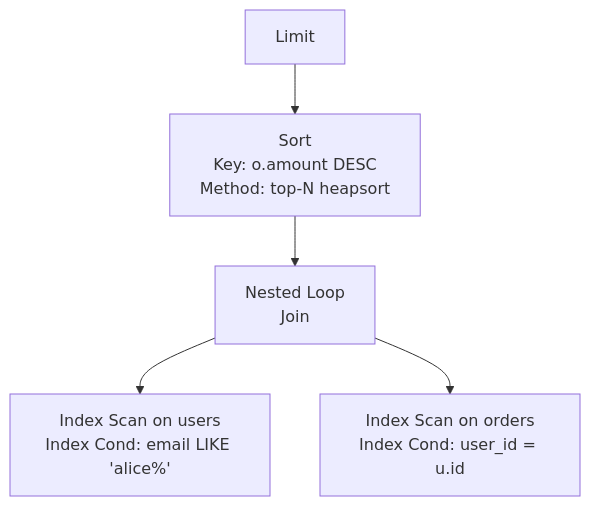
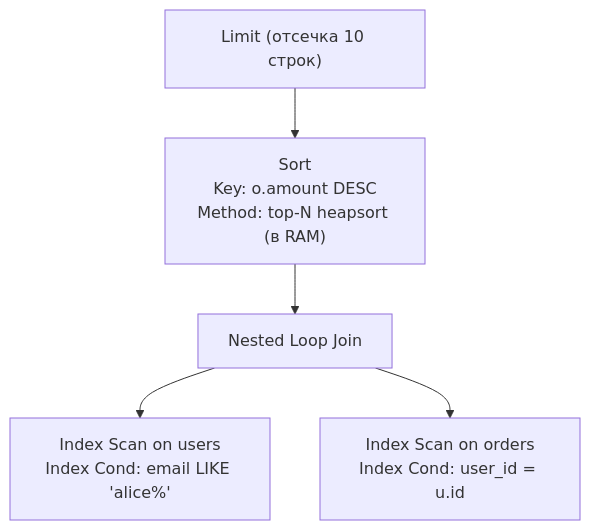
The second of 2 diagrams in sources/12. Базы данных/04. Индексы и производительность/10. План выполнения запроса. EXPLAIN.md (UnrealTemplier/go-textbook), drawn with Mermaid before and after one commit. The commit also changed other lines of this file, not shown here.

````diff
--- a/sources/12. Базы данных/04. Индексы и производительность/10. План выполнения запроса. EXPLAIN.md
+++ b/sources/12. Базы данных/04. Индексы и производительность/10. План выполнения запроса. EXPLAIN.md
@@ -117,12 +145,13 @@
 ```mermaid
 flowchart TD
-    Limit["Limit"]
-    Sort["Sort<br>Key: o.amount DESC<br>Method: top-N heapsort"]
-    NestedLoop["Nested Loop<br>Join"]
+    Limit["Limit (отсечка 10 строк)"]
+    Sort["Sort<br>Key: o.amount DESC<br>Method: top-N heapsort (в RAM)"]
+    NestedLoop["Nested Loop Join"]
     IndexScanUsers["Index Scan on users<br>Index Cond: email LIKE 'alice%'"]
     IndexScanOrders["Index Scan on orders<br>Index Cond: user_id = u.id"]
+
     Limit --> Sort
     Sort --> NestedLoop
     NestedLoop --> IndexScanUsers
     NestedLoop --> IndexScanOrders
 ```
````
